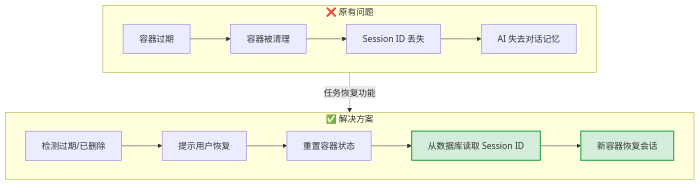
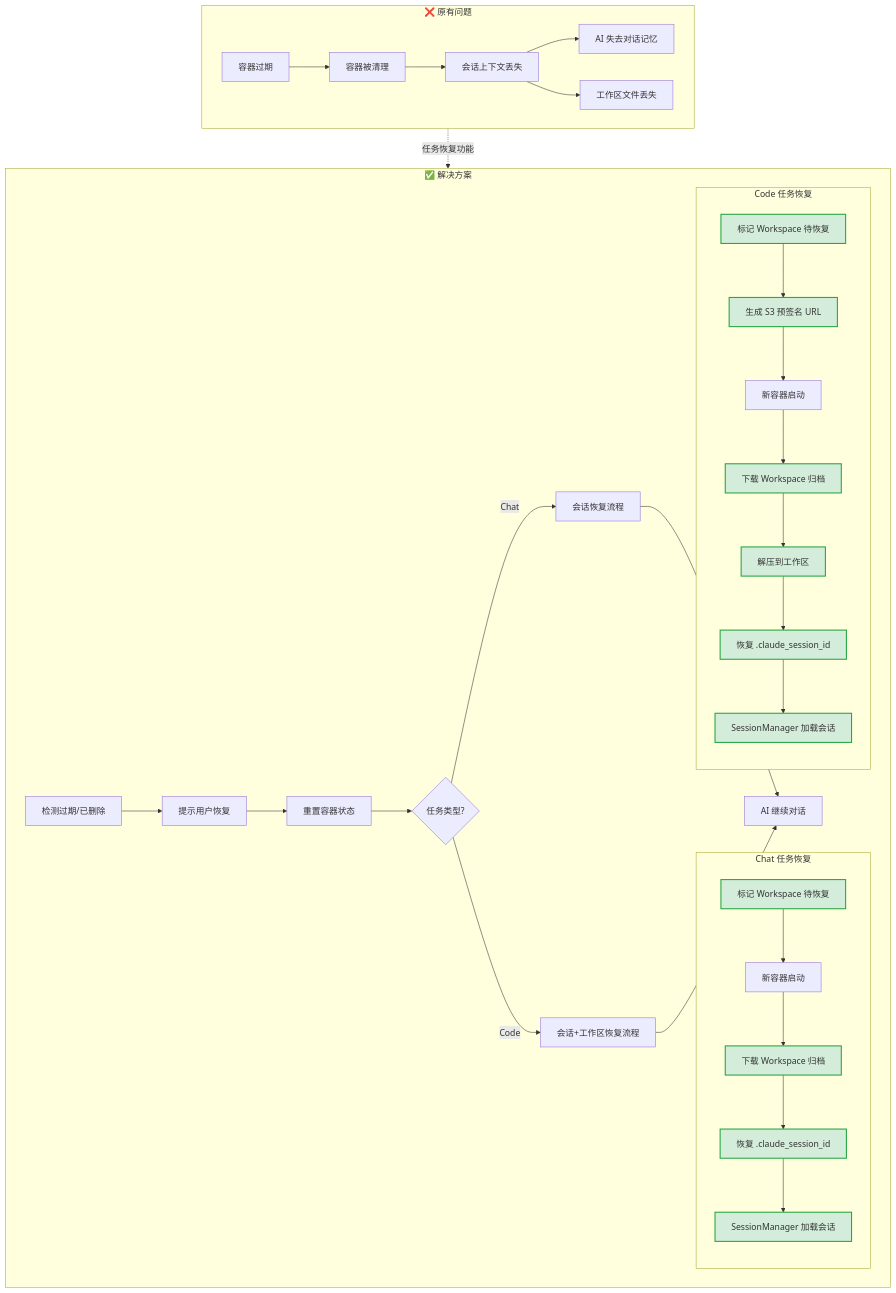
One commit to wecode-ai/Wegent changed the first of 9 diagrams in docs/zh/features/task-restore.md. Above: the diagram before and after it, drawn with Mermaid. The commit also changed other lines of this file and 6 other files, not shown here.

````diff
--- a/docs/zh/features/task-restore.md
+++ b/docs/zh/features/task-restore.md
@@ -23,19 +27,42 @@
 ```mermaid
 flowchart TB
     subgraph 问题["❌ 原有问题"]
         A[容器过期] --> B[容器被清理]
-        B --> C[Session ID 丢失]
+        B --> C[会话上下文丢失]
         C --> D[AI 失去对话记忆]
+        C --> E[工作区文件丢失]
     end
 
     subgraph 方案["✅ 解决方案"]
-        E[检测过期/已删除] --> F[提示用户恢复]
-        F --> G[重置容器状态]
-        G --> H[从数据库读取 Session ID]:::new
-        H --> I[新容器恢复会话]:::new
+        F[检测过期/已删除] --> G[提示用户恢复]
+        G --> H[重置容器状态]
+        H --> I{任务类型?}
+        I -->|Chat| J[会话恢复流程]
+        I -->|Code| K[会话+工作区恢复流程]
+
+        subgraph Chat恢复["Chat 任务恢复"]
+            J1[标记 Workspace 待恢复]:::new
+            J1 --> J2[新容器启动]
+            J2 --> J3[下载 Workspace 归档]:::new
+            J3 --> J4[恢复 .claude_session_id]:::new
+            J4 --> J5[SessionManager 加载会话]:::new
+        end
+
+        subgraph Code恢复["Code 任务恢复"]
+            K1[标记 Workspace 待恢复]:::new
+            K1 --> K2[生成 S3 预签名 URL]:::new
+            K2 --> K3[新容器启动]
+            K3 --> K4[下载 Workspace 归档]:::new
+            K4 --> K5[解压到工作区]:::new
+            K5 --> K6[恢复 .claude_session_id]:::new
+            K6 --> K7[SessionManager 加载会话]:::new
+        end
+
+        J --> L[AI 继续对话]
+        K --> L
     end
 
     问题 -.->|任务恢复功能| 方案
 
     classDef new fill:#d4edda,stroke:#28a745,stroke-width:2px
 ```
````
